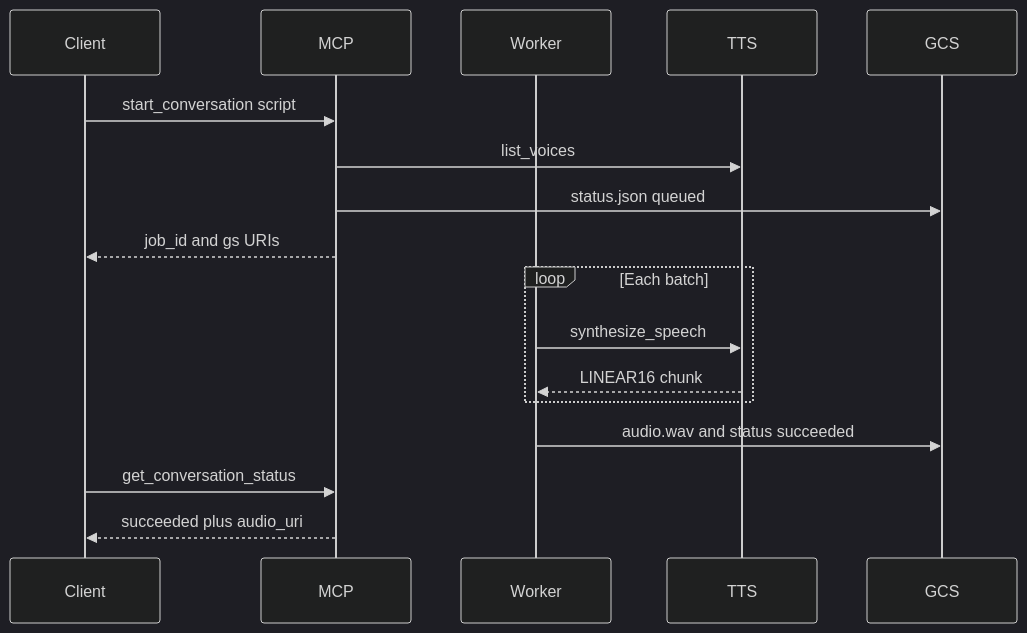
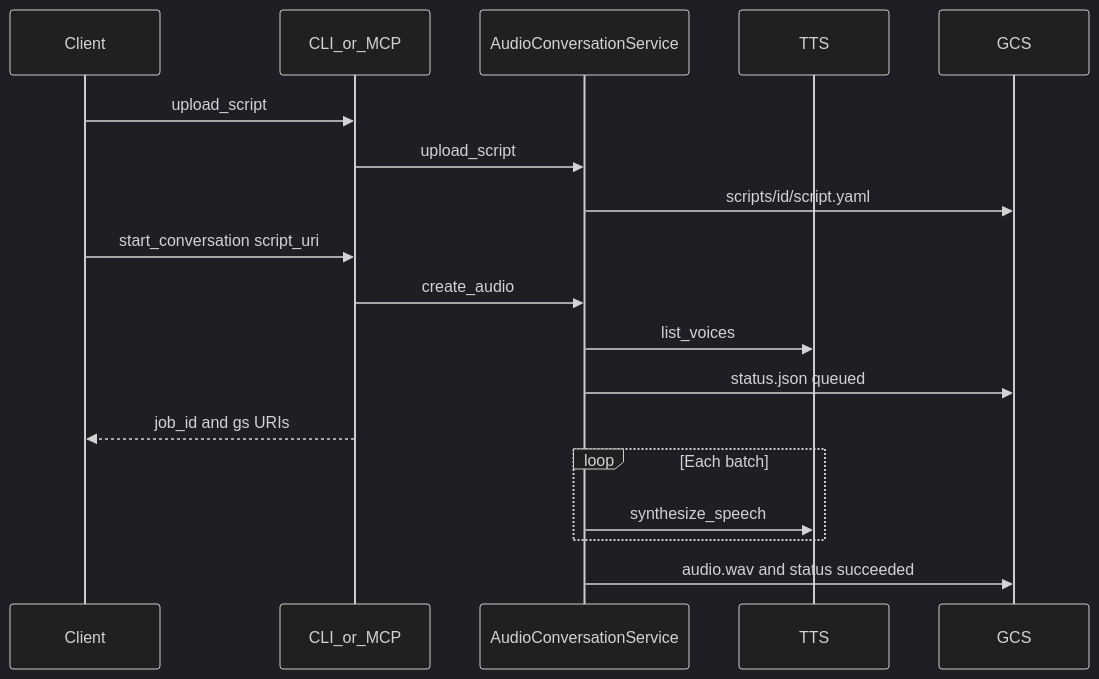
Before and after one commit to se02035/agentic-audio-conversations: the third of 3 diagrams in README.md, drawn with Mermaid (dark theme). The commit also changed other lines of this file and 37 other files, not shown here.

````diff
--- a/README.md
+++ b/README.md
@@ -56,19 +49,20 @@
 ```mermaid
 sequenceDiagram
   participant Client
-  participant MCP
-  participant Worker
+  participant API as CLI_or_MCP
+  participant Svc as AudioConversationService
   participant TTS
   participant GCS
-  Client->>MCP: start_conversation script
-  MCP->>TTS: list_voices
-  MCP->>GCS: status.json queued
-  MCP-->>Client: job_id and gs URIs
+  Client->>API: upload_script
+  API->>Svc: upload_script
+  Svc->>GCS: scripts/id/script.yaml
+  Client->>API: start_conversation script_uri
+  API->>Svc: create_audio
+  Svc->>TTS: list_voices
+  Svc->>GCS: status.json queued
+  API-->>Client: job_id and gs URIs
   loop Each batch
-    Worker->>TTS: synthesize_speech
-    TTS-->>Worker: LINEAR16 chunk
+    Svc->>TTS: synthesize_speech
   end
-  Worker->>GCS: audio.wav and status succeeded
-  Client->>MCP: get_conversation_status
-  MCP-->>Client: succeeded plus audio_uri
+  Svc->>GCS: audio.wav and status succeeded
 ```
````
